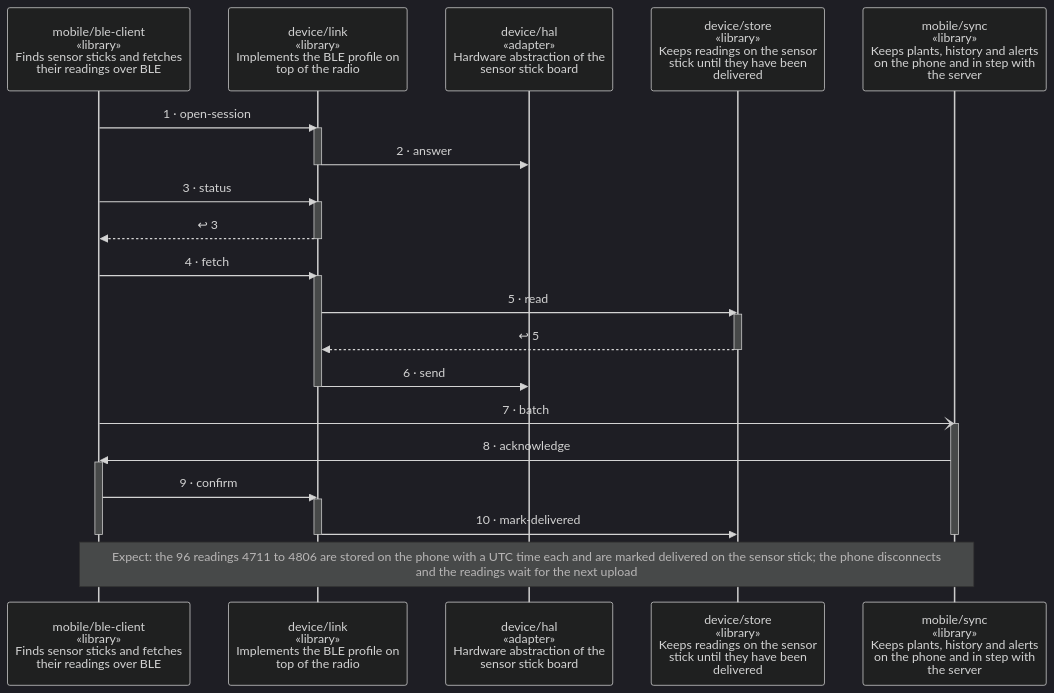
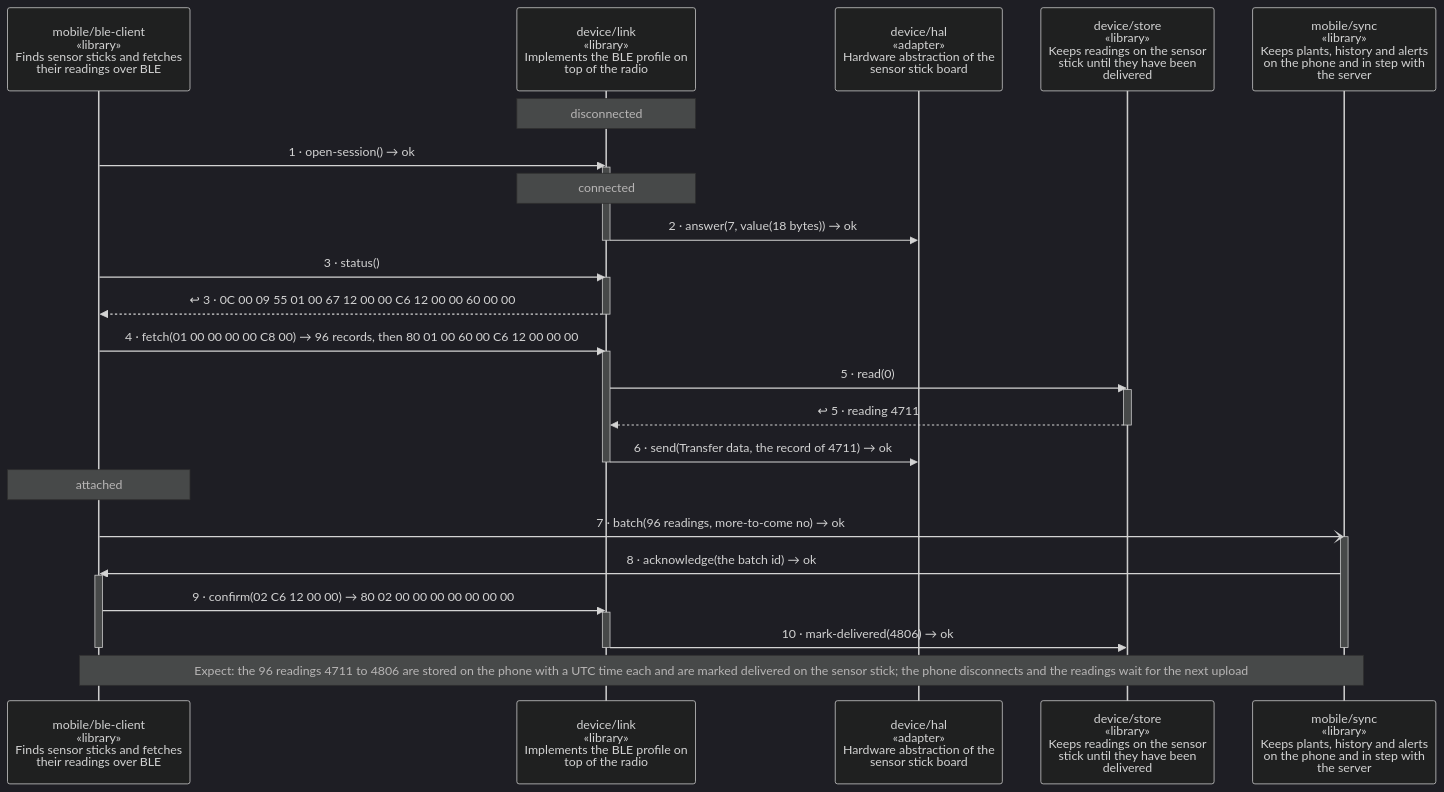
Before and after one commit to wackazong/unifold: the diagram in examples/plantwatch/docs/diagrams/scenario-fetch-readings.md, drawn with Mermaid (dark theme). The commit also changed other lines of this file and 213 other files, not shown here.

````diff
--- a/examples/plantwatch/docs/diagrams/scenario-fetch-readings.md
+++ b/examples/plantwatch/docs/diagrams/scenario-fetch-readings.md
@@ -12,40 +13,43 @@
 ```mermaid
 ---
 config:
   sequence:
     height: 108
 ---
 sequenceDiagram
   participant pmobile__ble_dclient as mobile/ble-client<br/>«library»<br/>Finds sensor sticks and fetches<br/>their readings over BLE
   participant pdevice__link as device/link<br/>«library»<br/>Implements the BLE profile on<br/>top of the radio
   participant pdevice__hal as device/hal<br/>«adapter»<br/>Hardware abstraction of the<br/>sensor stick board
   participant pdevice__store as device/store<br/>«library»<br/>Keeps readings on the sensor<br/>stick until they have been<br/>delivered
   participant pmobile__sync as mobile/sync<br/>«library»<br/>Keeps plants, history and alerts<br/>on the phone and in step with<br/>the server
-  pmobile__ble_dclient->>pdevice__link: 1 · open-session
+  Note over pdevice__link: disconnected
+  pmobile__ble_dclient->>pdevice__link: 1 · open-session() → ok
   activate pdevice__link
-  pdevice__link->>pdevice__hal: 2 · answer
+  Note over pdevice__link: connected
+  pdevice__link->>pdevice__hal: 2 · answer(7, value(18 bytes)) → ok
   deactivate pdevice__link
-  pmobile__ble_dclient->>pdevice__link: 3 · status
+  pmobile__ble_dclient->>pdevice__link: 3 · status()
   activate pdevice__link
-  pdevice__link-->>pmobile__ble_dclient: ↩ 3
+  pdevice__link-->>pmobile__ble_dclient: ↩ 3 · 0C 00 09 55 01 00 67 12 00 00 C6 12 00 00 60 00 00
   deactivate pdevice__link
-  pmobile__ble_dclient->>pdevice__link: 4 · fetch
+  pmobile__ble_dclient->>pdevice__link: 4 · fetch(01 00 00 00 00 C8 00) → 96 records, then 80 01 00 60 00 C6 12 00 00 00
   activate pdevice__link
-  pdevice__link->>pdevice__store: 5 · read
+  pdevice__link->>pdevice__store: 5 · read(0)
   activate pdevice__store
-  pdevice__store-->>pdevice__link: ↩ 5
+  pdevice__store-->>pdevice__link: ↩ 5 · reading 4711
   deactivate pdevice__store
-  pdevice__link->>pdevice__hal: 6 · send
+  pdevice__link->>pdevice__hal: 6 · send(Transfer data, the record of 4711) → ok
   deactivate pdevice__link
-  pmobile__ble_dclient-)pmobile__sync: 7 · batch
+  Note over pmobile__ble_dclient: attached
+  pmobile__ble_dclient-)pmobile__sync: 7 · batch(96 readings, more-to-come no) → ok
   activate pmobile__sync
-  pmobile__sync->>pmobile__ble_dclient: 8 · acknowledge
+  pmobile__sync->>pmobile__ble_dclient: 8 · acknowledge(the batch id) → ok
   activate pmobile__ble_dclient
-  pmobile__ble_dclient->>pdevice__link: 9 · confirm
+  pmobile__ble_dclient->>pdevice__link: 9 · confirm(02 C6 12 00 00) → 80 02 00 00 00 00 00 00 00
   activate pdevice__link
-  pdevice__link->>pdevice__store: 10 · mark-delivered
+  pdevice__link->>pdevice__store: 10 · mark-delivered(4806) → ok
   deactivate pdevice__link
   deactivate pmobile__ble_dclient
   deactivate pmobile__sync
   Note over pmobile__ble_dclient,pmobile__sync: wrap: Expect: the 96 readings 4711 to 4806 are stored on the phone with a UTC time each and are marked delivered on the sensor stick#59; the phone disconnects and the readings wait for the next upload
 ```
````
